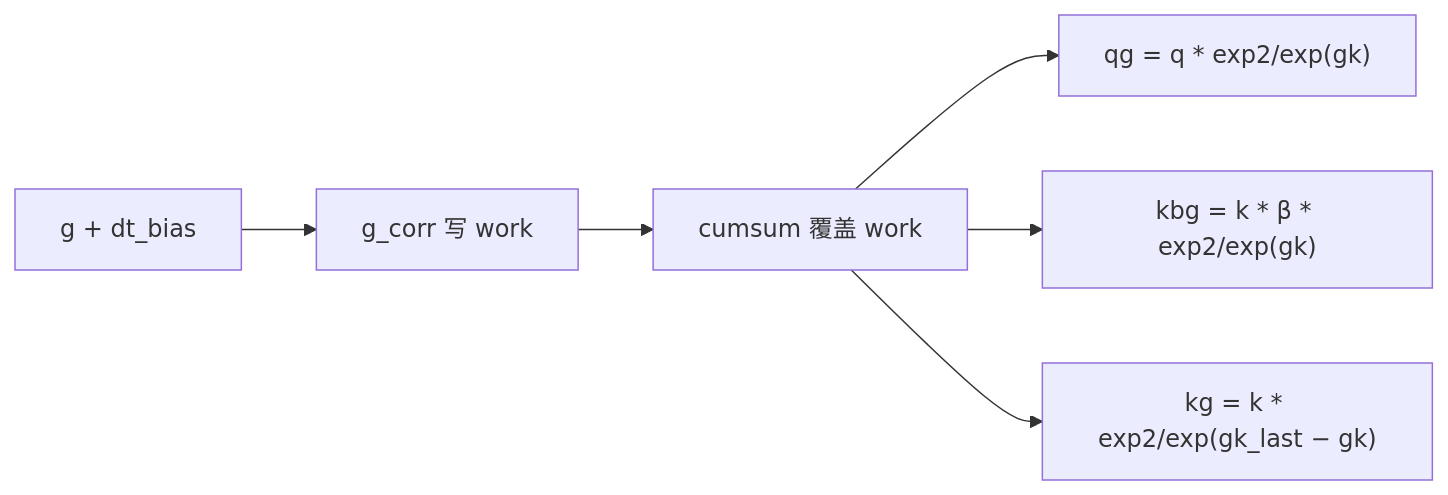
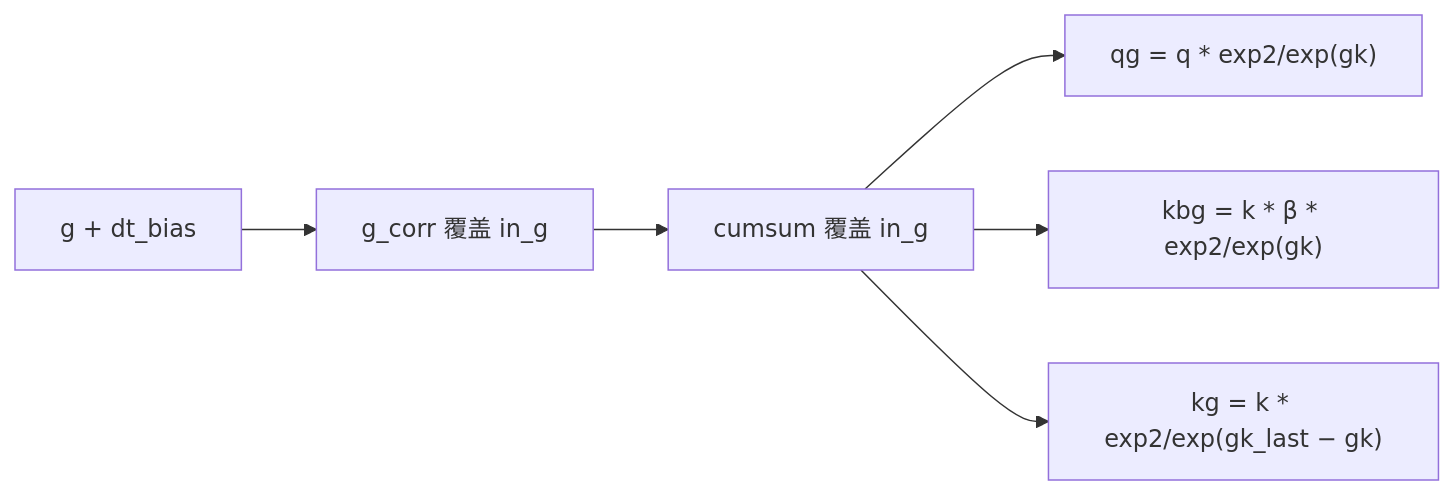
The third of 4 diagrams in kda_gate_wu_fusion_golden/DESIGN.md (LiYuanqg/flash-linear-attention-npu), drawn with Mermaid before and after one commit. The commit also changed other lines of this file and 2 other files, not shown here.

````diff
--- a/kda_gate_wu_fusion_golden/DESIGN.md
+++ b/kda_gate_wu_fusion_golden/DESIGN.md
@@ -143,8 +139,8 @@
 ```mermaid
 flowchart LR
-  g["g + dt_bias"] --> gcorr["g_corr 写 work"]
-  gcorr --> gk["cumsum 覆盖 work"]
+  g["g + dt_bias"] --> gcorr["g_corr 覆盖 in_g"]
+  gcorr --> gk["cumsum 覆盖 in_g"]
   gk --> qg["qg = q * exp2/exp(gk)"]
   gk --> kbg["kbg = k * β * exp2/exp(gk)"]
   gk --> kg["kg = k * exp2/exp(gk_last − gk)"]
 ```
````
